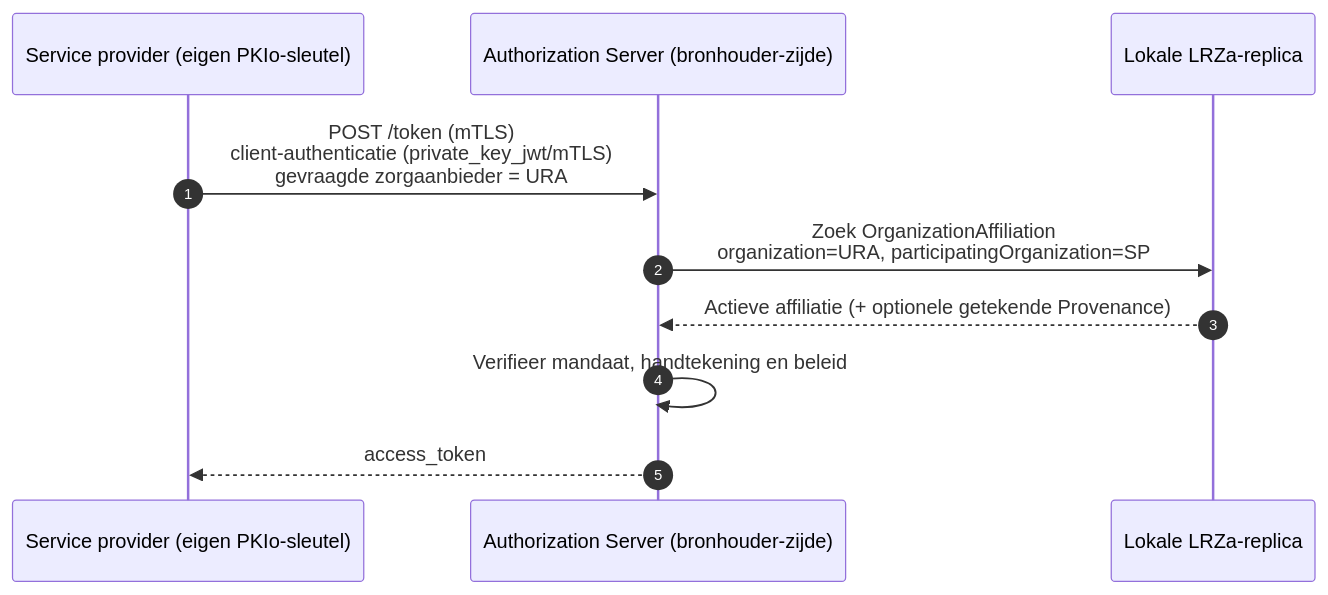
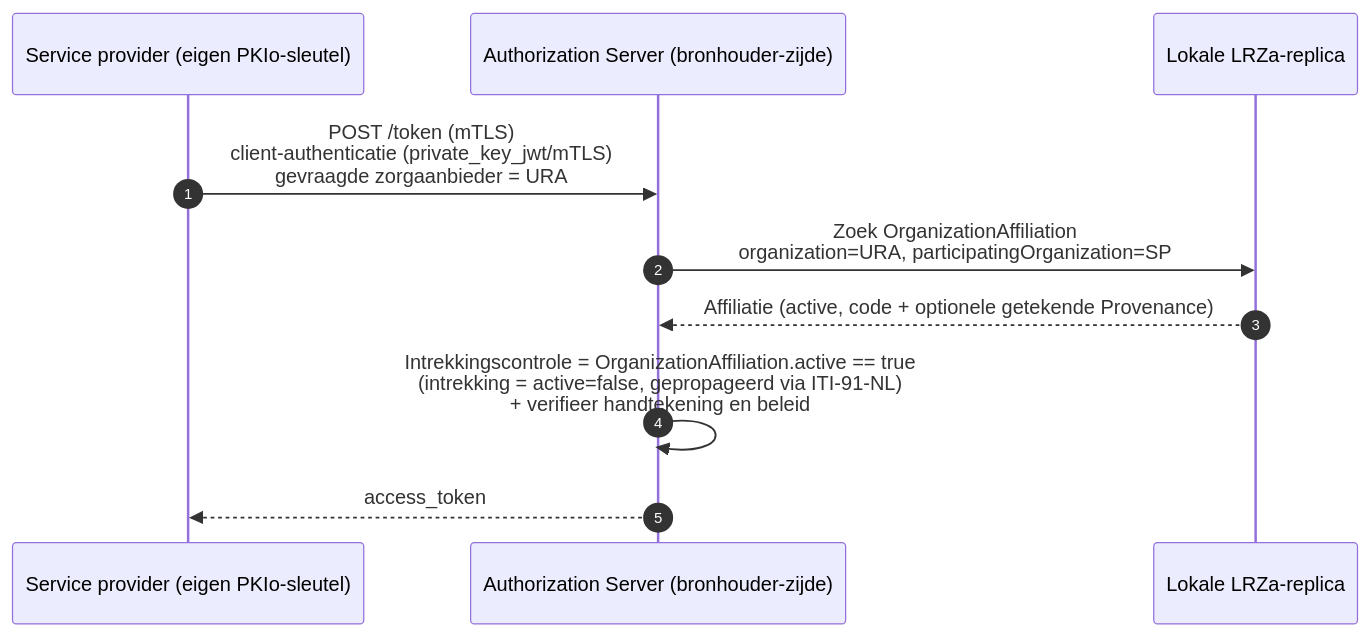
Before and after one commit to minvws/generiekefuncties-docs: the third of 4 diagrams in input/pagecontent/service-provider-mandatering.md, drawn with Mermaid. The commit also changed other lines of this file, not shown here.

Commit message:
sequencediagram en revocation toegevoegd

````diff
--- a/input/pagecontent/service-provider-mandatering.md
+++ b/input/pagecontent/service-provider-mandatering.md
@@ -91,12 +113,12 @@
 ```mermaid
 sequenceDiagram
     autonumber
     participant SP as Service provider (eigen PKIo-sleutel)
     participant AS as Authorization Server (bronhouder-zijde)
     participant DIR as Lokale LRZa-replica
     SP->>AS: POST /token (mTLS)<br/>client-authenticatie (private_key_jwt/mTLS)<br/>gevraagde zorgaanbieder = URA
     AS->>DIR: Zoek OrganizationAffiliation<br/>organization=URA, participatingOrganization=SP
-    DIR-->>AS: Actieve affiliatie (+ optionele getekende Provenance)
-    AS->>AS: Verifieer mandaat, handtekening en beleid
+    DIR-->>AS: Affiliatie (active, code + optionele getekende Provenance)
+    AS->>AS: Intrekkingscontrole = OrganizationAffiliation.active == true<br/>(intrekking = active=false, gepropageerd via ITI-91-NL)<br/>+ verifieer handtekening en beleid
     AS-->>SP: access_token
 ```
````
